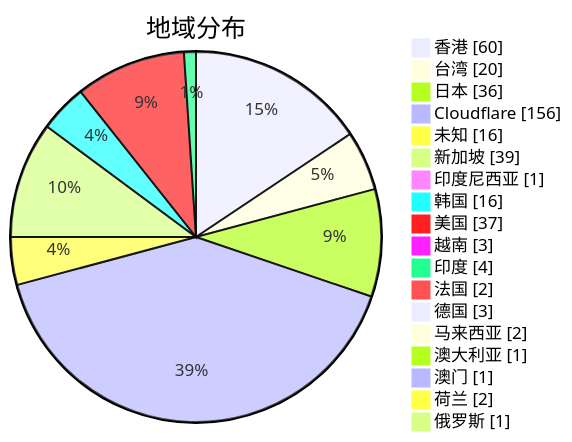
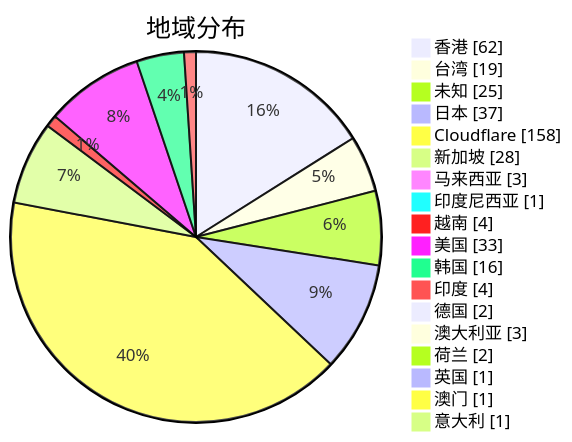
One commit to qjlxg/airport changed the second of 3 diagrams in subs/statistics/tested_within.md. Above: the diagram before and after it, drawn with Mermaid. The commit also changed other lines of this file and 2 other files, not shown here.

Commit message:
Tested by metaST

````diff
--- a/subs/statistics/tested_within.md
+++ b/subs/statistics/tested_within.md
@@ -12,22 +13,22 @@
 ```mermaid
 pie showData
 title 地域分布
-"香港" : 60
-"台湾" : 20
-"日本" : 36
-"Cloudflare" : 156
-"未知" : 16
-"新加坡" : 39
+"香港" : 62
+"台湾" : 19
+"未知" : 25
+"日本" : 37
+"Cloudflare" : 158
+"新加坡" : 28
+"马来西亚" : 3
 "印度尼西亚" : 1
+"越南" : 4
+"美国" : 33
 "韩国" : 16
-"美国" : 37
-"越南" : 3
 "印度" : 4
-"法国" : 2
-"德国" : 3
-"马来西亚" : 2
-"澳大利亚" : 1
+"德国" : 2
+"澳大利亚" : 3
+"荷兰" : 2
+"英国" : 1
 "澳门" : 1
-"荷兰" : 2
-"俄罗斯" : 1
+"意大利" : 1
 ```
````
